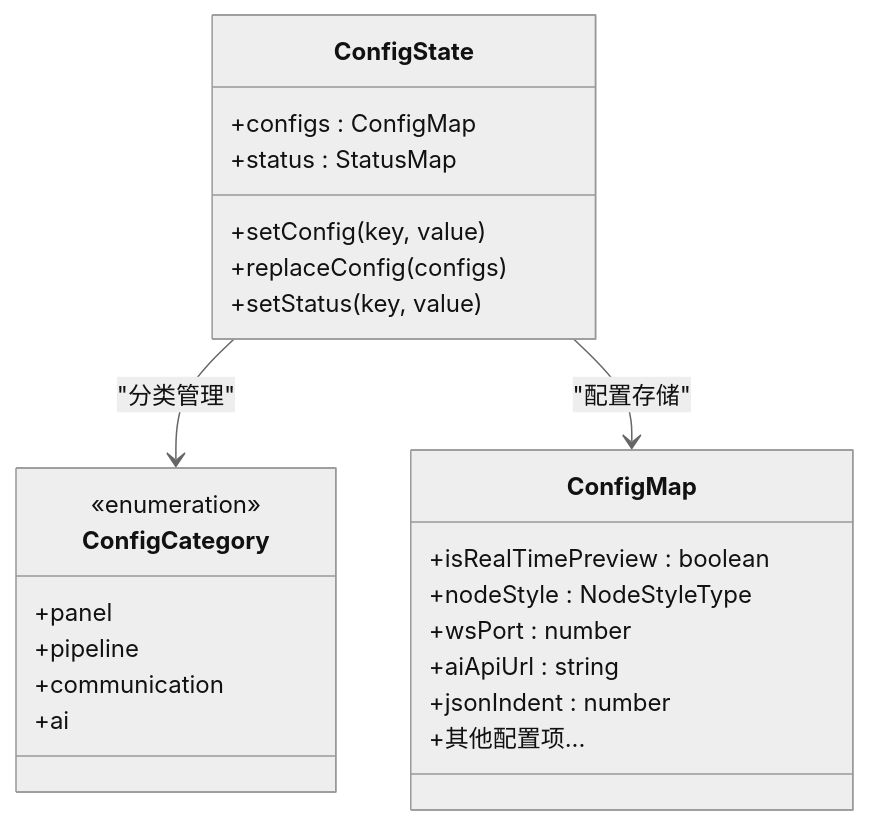
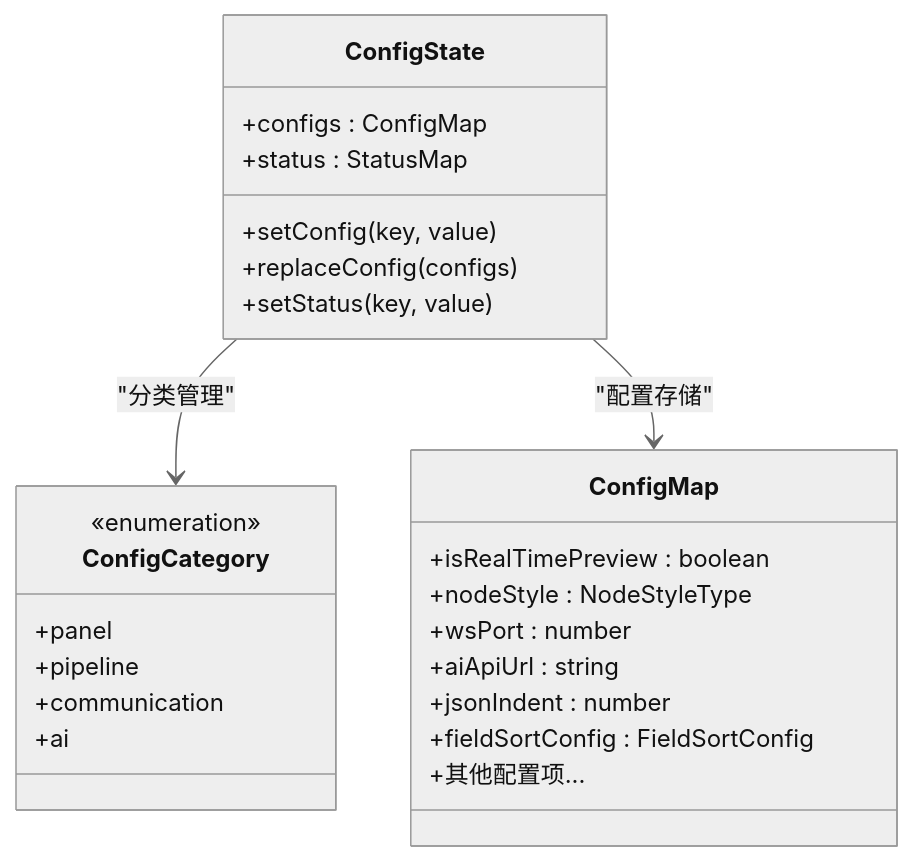
The second of 17 diagrams in .qoder/repowiki/zh/content/Config Store.md (kqcoxn/MaaPipelineEditor), drawn with Mermaid (neutral theme) before and after one commit. The commit also changed other lines of this file and 22 other files, not shown here.

````diff
--- a/.qoder/repowiki/zh/content/Config Store.md
+++ b/.qoder/repowiki/zh/content/Config Store.md
@@ -116,27 +138,28 @@
 ```mermaid
 classDiagram
 class ConfigCategory {
 <<enumeration>>
 +panel
 +pipeline
 +communication
 +ai
 }
 class ConfigState {
 +configs : ConfigMap
 +status : StatusMap
 +setConfig(key, value)
 +replaceConfig(configs)
 +setStatus(key, value)
 }
 class ConfigMap {
 +isRealTimePreview : boolean
 +nodeStyle : NodeStyleType
 +wsPort : number
 +aiApiUrl : string
 +jsonIndent : number
++fieldSortConfig : FieldSortConfig
 +其他配置项...
 }
 ConfigState --> ConfigCategory : "分类管理"
 ConfigState --> ConfigMap : "配置存储"
 ```
````
